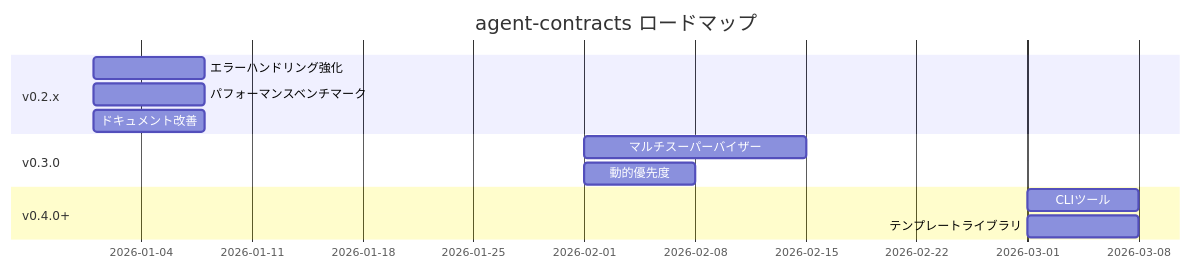
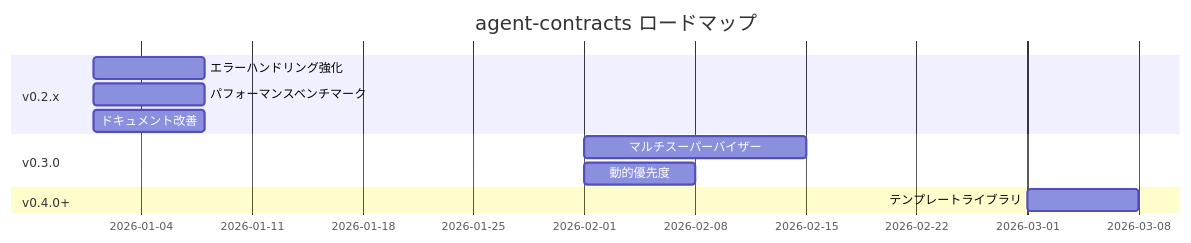
One commit to Pablo11111544545/agent-contracts changed the diagram in docs/roadmap.md. Above: the diagram before and after it, drawn with Mermaid. The commit also changed other lines of this file and 47 other files, not shown here.

````diff
--- a/docs/roadmap.md
+++ b/docs/roadmap.md
@@ -200,15 +187,14 @@
 ```mermaid
 gantt
     title agent-contracts ロードマップ
     dateFormat  YYYY-MM
     section v0.2.x
     エラーハンドリング強化    :2026-01, 1w
     パフォーマンスベンチマーク :2026-01, 1w
     ドキュメント改善         :2026-01, 1w
     section v0.3.0
     マルチスーパーバイザー    :2026-02, 2w
     動的優先度              :2026-02, 1w
     section v0.4.0+
-    CLIツール              :2026-03, 1w
     テンプレートライブラリ    :2026-03, 1w
 ```
````
